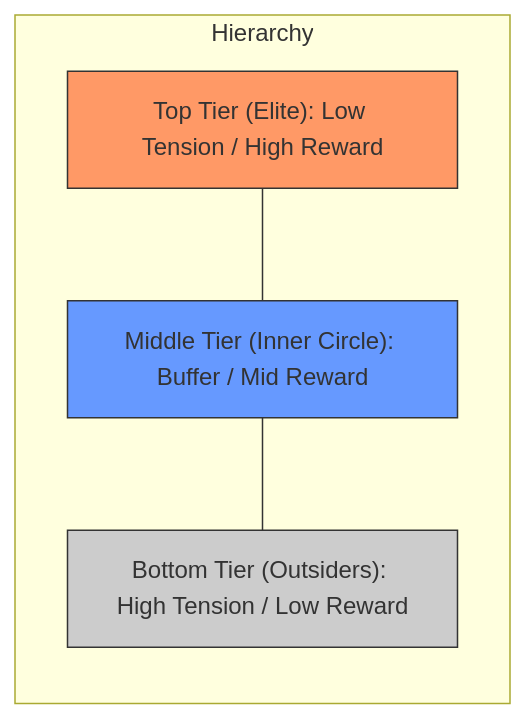
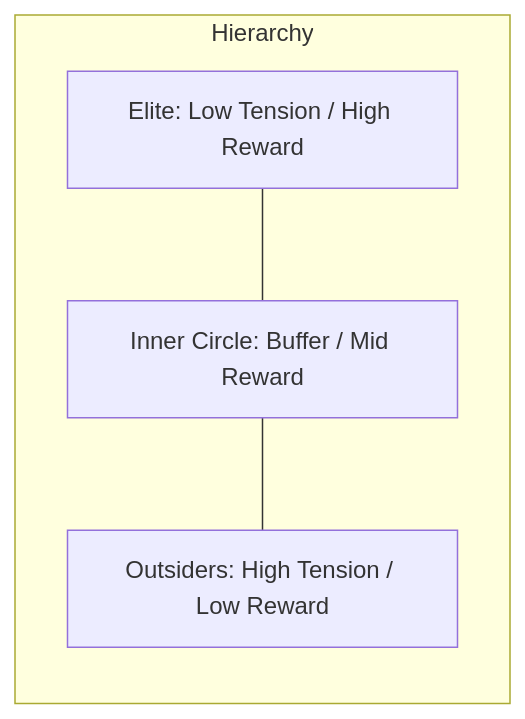
The second of 3 diagrams in Docs/PKGF_Academic_Paper_en.md (aikenkyu001/PKGF_Intelligence_Emergence), drawn with Mermaid before and after one commit. The commit also changed other lines of this file and 1 other file, not shown here.

````diff
--- a/Docs/PKGF_Academic_Paper_en.md
+++ b/Docs/PKGF_Academic_Paper_en.md
@@ -103,15 +103,10 @@
 ```mermaid
 graph BT
     subgraph Hierarchy
-        L["Top Tier (Elite): Low Tension / High Reward"]
-        M["Middle Tier (Inner Circle): Buffer / Mid Reward"]
-        B["Bottom Tier (Outsiders): High Tension / Low Reward"]
+        L["Elite: Low Tension / High Reward"]
+        M["Inner Circle: Buffer / Mid Reward"]
+        B["Outsiders: High Tension / Low Reward"]
     end
-    
     L --- M
     M --- B
-    
-    style L fill:#f96,stroke:#333
-    style M fill:#69f,stroke:#333
-    style B fill:#ccc,stroke:#333
 ```
````
